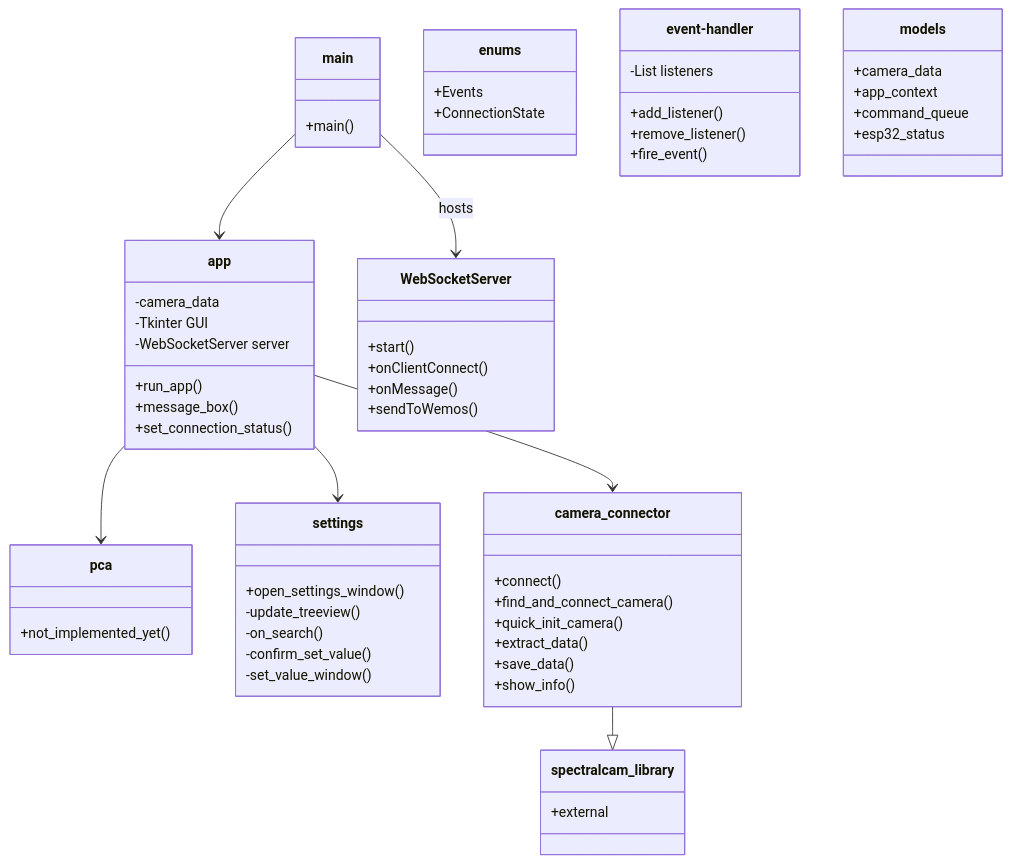
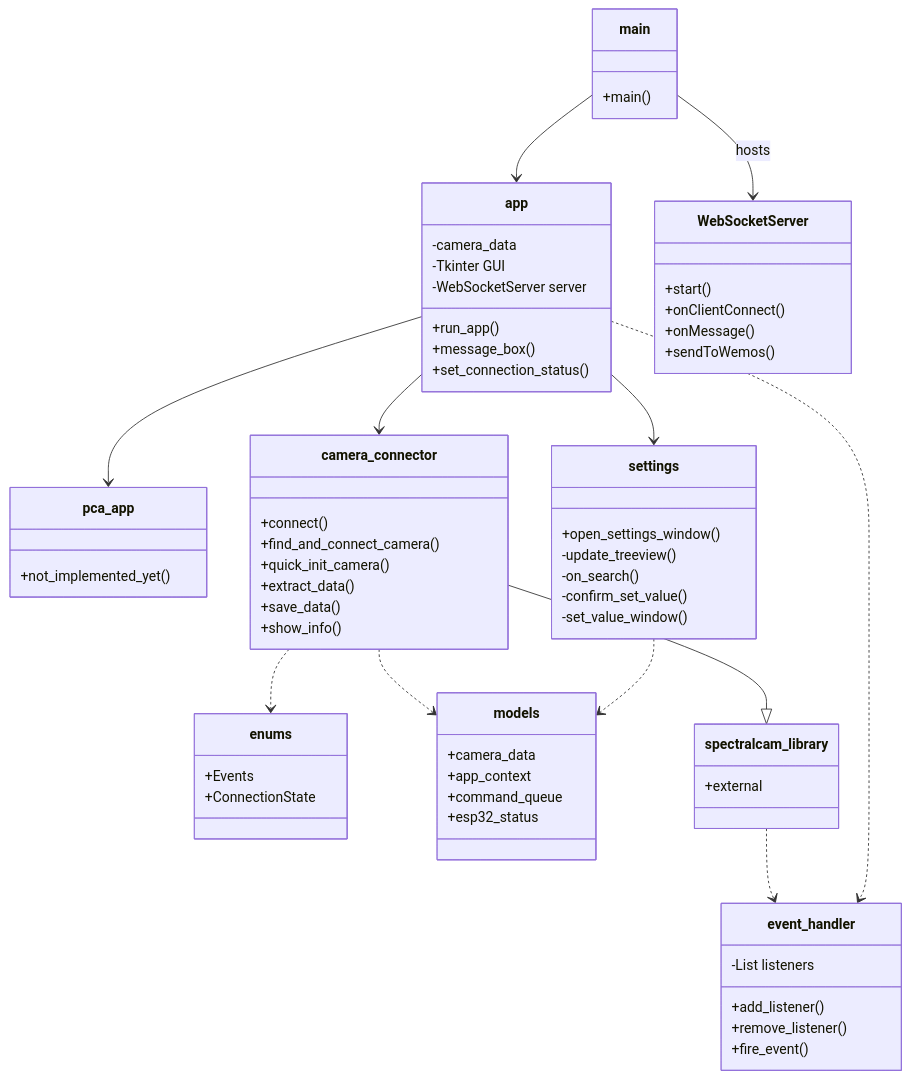
Before and after one commit to Stefsk-glitch/Hyperspectral-imaging: the diagram in README.md, drawn with Mermaid.

Commit message:
Update class diagram readme

````diff
--- a/README.md
+++ b/README.md
@@ -44,75 +44,81 @@
 ```mermaid
 classDiagram
 
 class main {
     +main()
 }
 
 class enums {
     +Events
     +ConnectionState
 }
 
-class event-handler {
+class event_handler {
     +add_listener()
     +remove_listener()
     +fire_event()
 
     -List listeners
 }
 
 class models {
     +camera_data
     +app_context
     +command_queue
     +esp32_status
 }
 
-class pca {
+class pca_app {
     +not_implemented_yet()
 }
 
 class settings {
     +open_settings_window()
     -update_treeview()
     -on_search()
     -confirm_set_value()
     -set_value_window()
 }
 
 class app {
     +run_app()
     +message_box()
     +set_connection_status()
     -camera_data
     -Tkinter GUI
     -WebSocketServer server
 }
 
 class WebSocketServer {
     +start()
     +onClientConnect()
     +onMessage()
     +sendToWemos()
 }
 
 class camera_connector {
     +connect()
     +find_and_connect_camera()
     +quick_init_camera()
     +extract_data()
     +save_data()
     +show_info()
 }
 
 class spectralcam_library {
     +external
 }
 
 main --> app
 main --> WebSocketServer : hosts
 app --> camera_connector
 camera_connector --|> spectralcam_library
 app --> settings
-app --> pca
+app --> pca_app
+
+camera_connector ..> models
+camera_connector ..> enums
+settings ..> models
+spectralcam_library ..> event_handler
+app ..> event_handler
 ```
````
